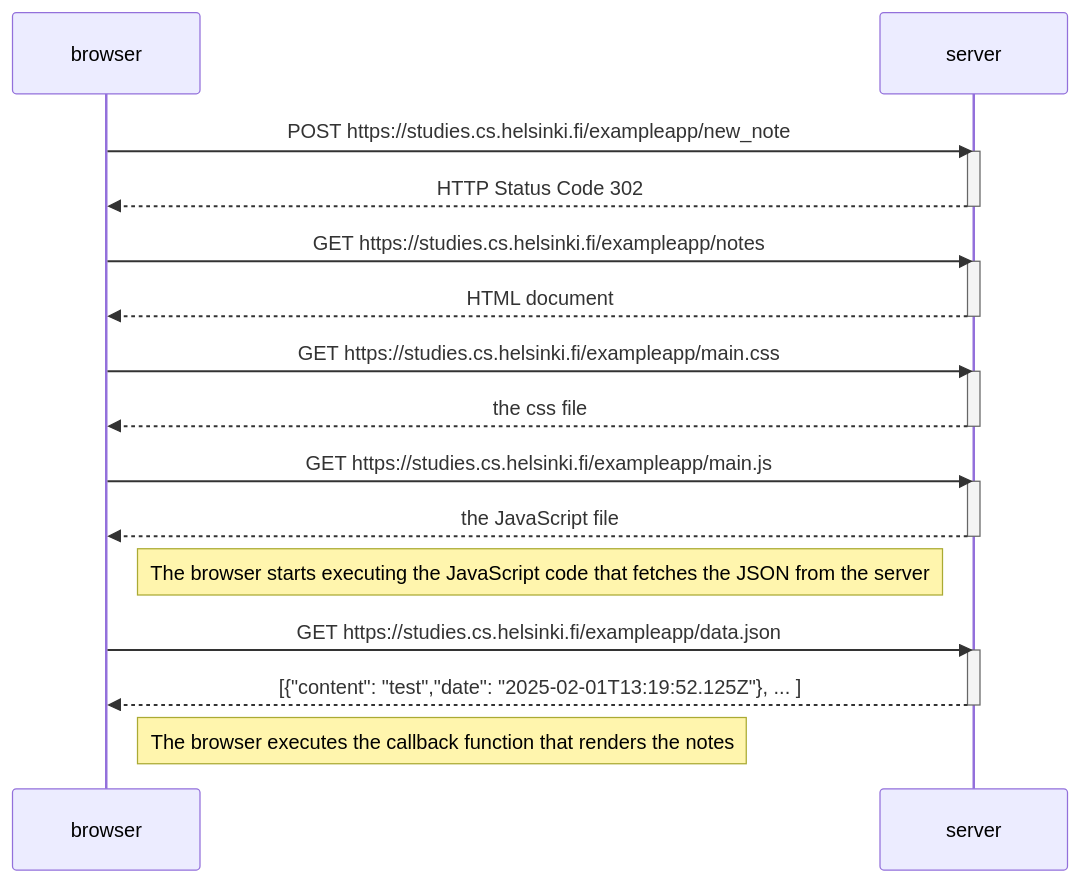
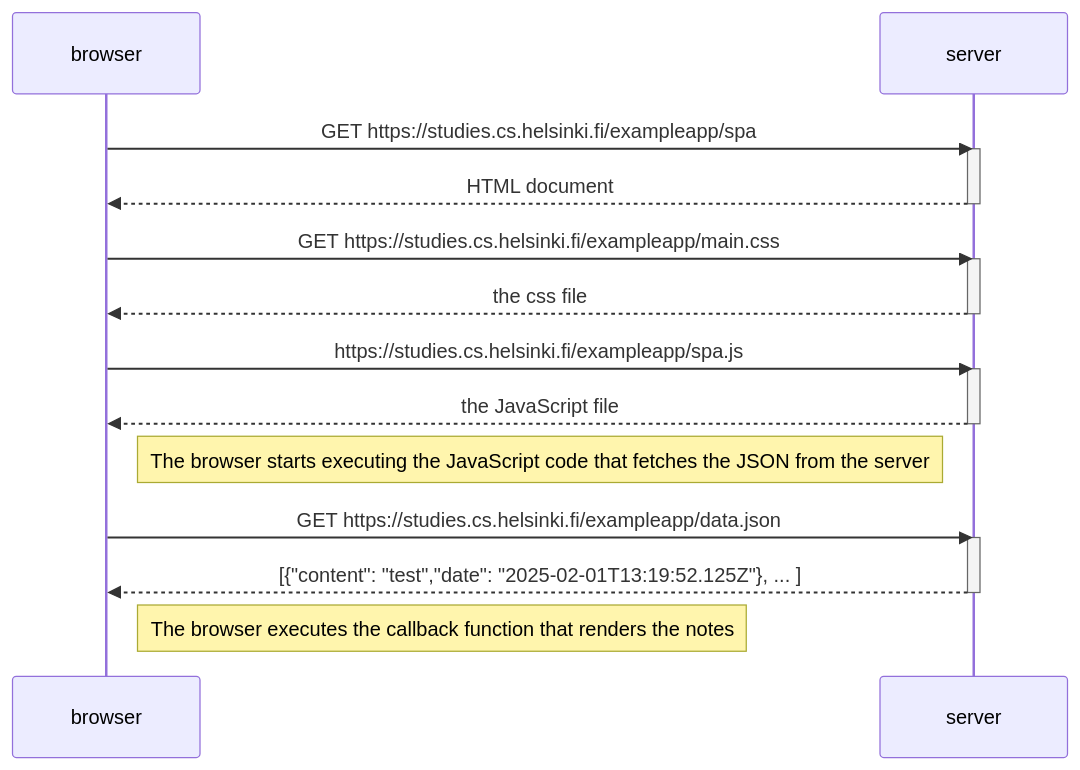
The diagram in part0/0.5/0.5_load-spa-diagram.md (iseufsif/fs-open), drawn with Mermaid before and after one commit. The commit also changed 15 other files, not shown here.

````diff
--- a/part0/0.5/0.5_load-spa-diagram.md
+++ b/part0/0.5/0.5_load-spa-diagram.md
@@ -1,34 +1,29 @@
 ```mermaid
 sequenceDiagram
     participant browser
     participant server
 
-    browser->>server: POST https://studies.cs.helsinki.fi/exampleapp/new_note
-    activate server
-    server-->>browser: HTTP Status Code 302
-    deactivate server
-
-    browser->>server: GET https://studies.cs.helsinki.fi/exampleapp/notes
+    browser->>server: GET https://studies.cs.helsinki.fi/exampleapp/spa
     activate server
     server-->>browser: HTML document
     deactivate server
 
     browser->>server: GET https://studies.cs.helsinki.fi/exampleapp/main.css
     activate server
     server-->>browser: the css file
     deactivate server
 
-    browser->>server: GET https://studies.cs.helsinki.fi/exampleapp/main.js
+    browser->>server: https://studies.cs.helsinki.fi/exampleapp/spa.js
     activate server
     server-->>browser: the JavaScript file
     deactivate server
 
     Note right of browser: The browser starts executing the JavaScript code that fetches the JSON from the server
 
     browser->>server: GET https://studies.cs.helsinki.fi/exampleapp/data.json
     activate server
     server-->>browser: [{"content": "test","date": "2025-02-01T13:19:52.125Z"}, ... ]
     deactivate server
 
     Note right of browser: The browser executes the callback function that renders the notes
 ```
````
